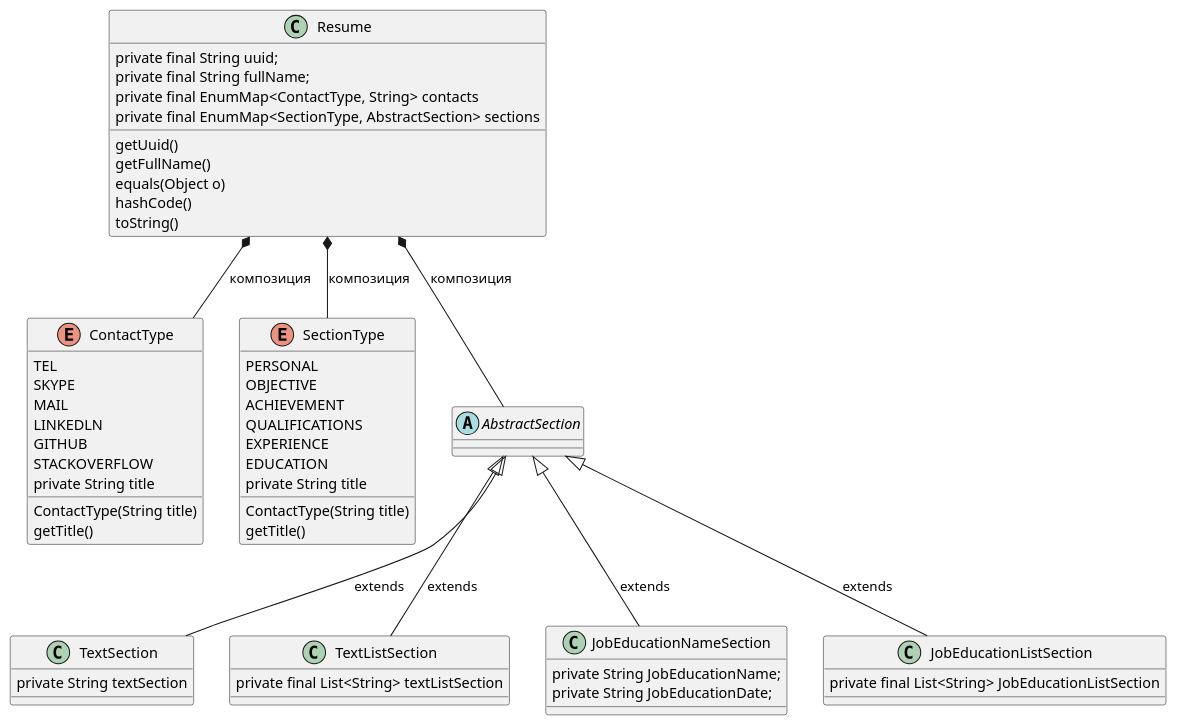
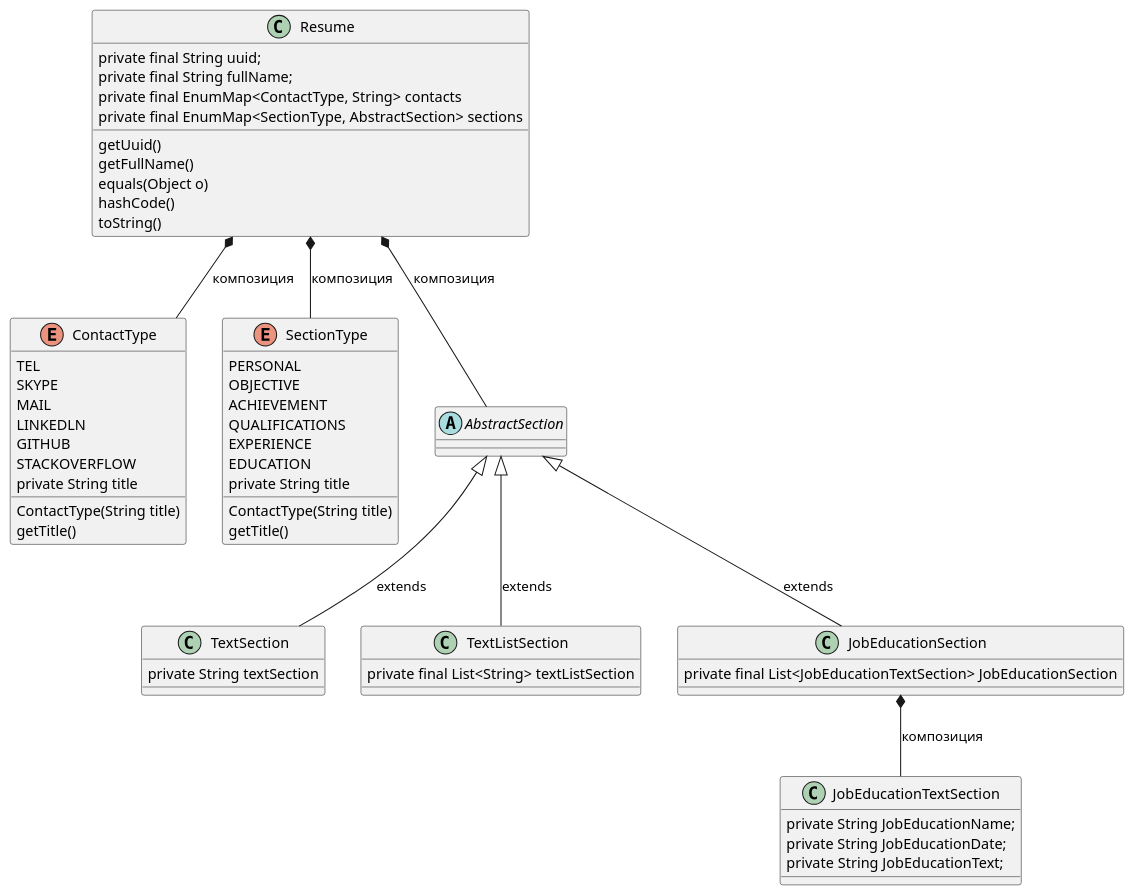
Before and after one commit to VitalyG1983/basejava: the diagram in src/com/urise/webapp/model/ResumeUML.puml, drawn with PlantUML. The commit also changed 10 other files, not shown here.

Commit message:
Added JobEducationSection,ResumeTestData

```diff
--- a/src/com/urise/webapp/model/ResumeUML.puml
+++ b/src/com/urise/webapp/model/ResumeUML.puml
@@ -1,67 +1,68 @@
 @startuml
 'https://plantuml.com/class-diagram
 
  class Resume {
     private final String uuid;
     private final String fullName;
     private final EnumMap<ContactType, String> contacts
     private final EnumMap<SectionType, AbstractSection> sections
      getUuid()
      getFullName()
      equals(Object o)
      hashCode()
      toString()
 }
 
  Resume  *-- ContactType : композиция
  enum ContactType{
      TEL
      SKYPE
      MAIL
      LINKEDLN
      GITHUB
      STACKOVERFLOW
      private String title
       ContactType(String title)
       getTitle()
  }
 
 Resume  *-- SectionType : композиция
  enum SectionType{
       PERSONAL
       OBJECTIVE
       ACHIEVEMENT
       QUALIFICATIONS
       EXPERIENCE
       EDUCATION
       private String title
        ContactType(String title)
        getTitle()
  }
 
 Resume  *--  AbstractSection : композиция
      abstract class AbstractSection {
     }
 
 AbstractSection <|-- TextSection : extends
 class TextSection {
       private String textSection
 }
 
 AbstractSection <|-- TextListSection : extends
 class TextListSection {
     private final List<String> textListSection
 }
 
-AbstractSection  <|--  JobEducationNameSection : extends
-class JobEducationNameSection {
-    private String JobEducationName;
-    private String JobEducationDate;
+JobEducationSection  *--  JobEducationTextSection : композиция
+class JobEducationTextSection {
+      private String JobEducationName;
+      private String JobEducationDate;
+      private String JobEducationText;
  }
 
-AbstractSection  <|--  JobEducationListSection : extends
-class JobEducationListSection {
-    private final List<String> JobEducationListSection
+AbstractSection  <|--  JobEducationSection : extends
+class JobEducationSection {
+    private final List<JobEducationTextSection> JobEducationSection
 }
 
 @enduml
```
